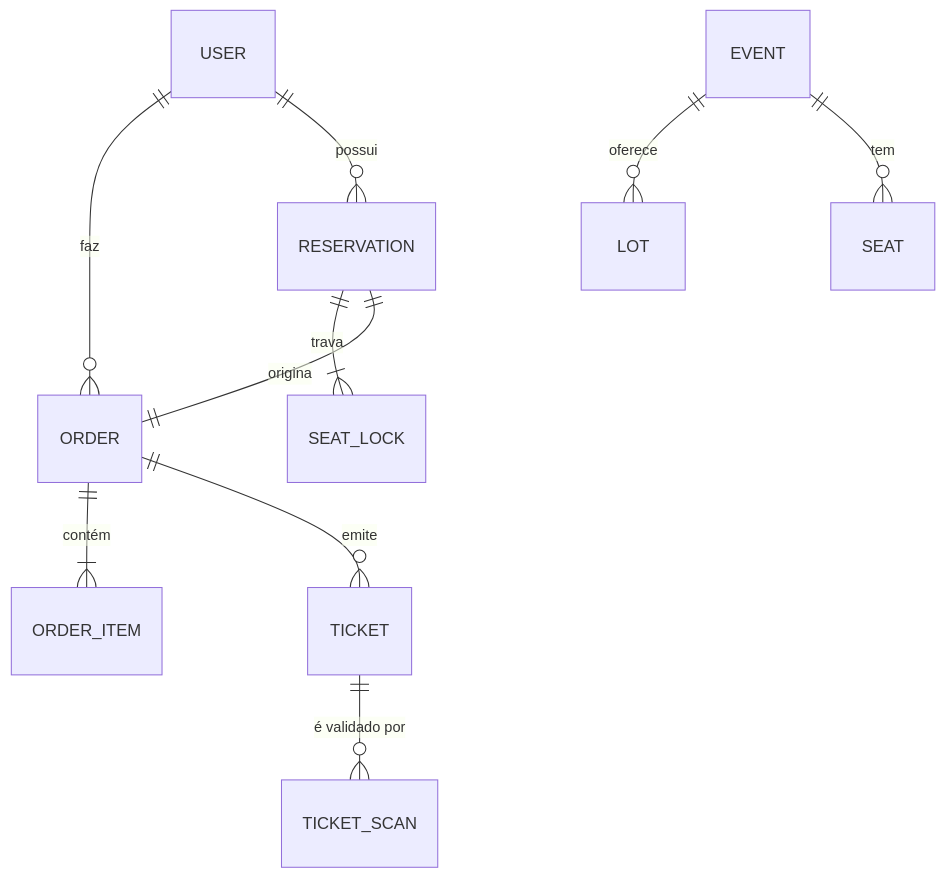
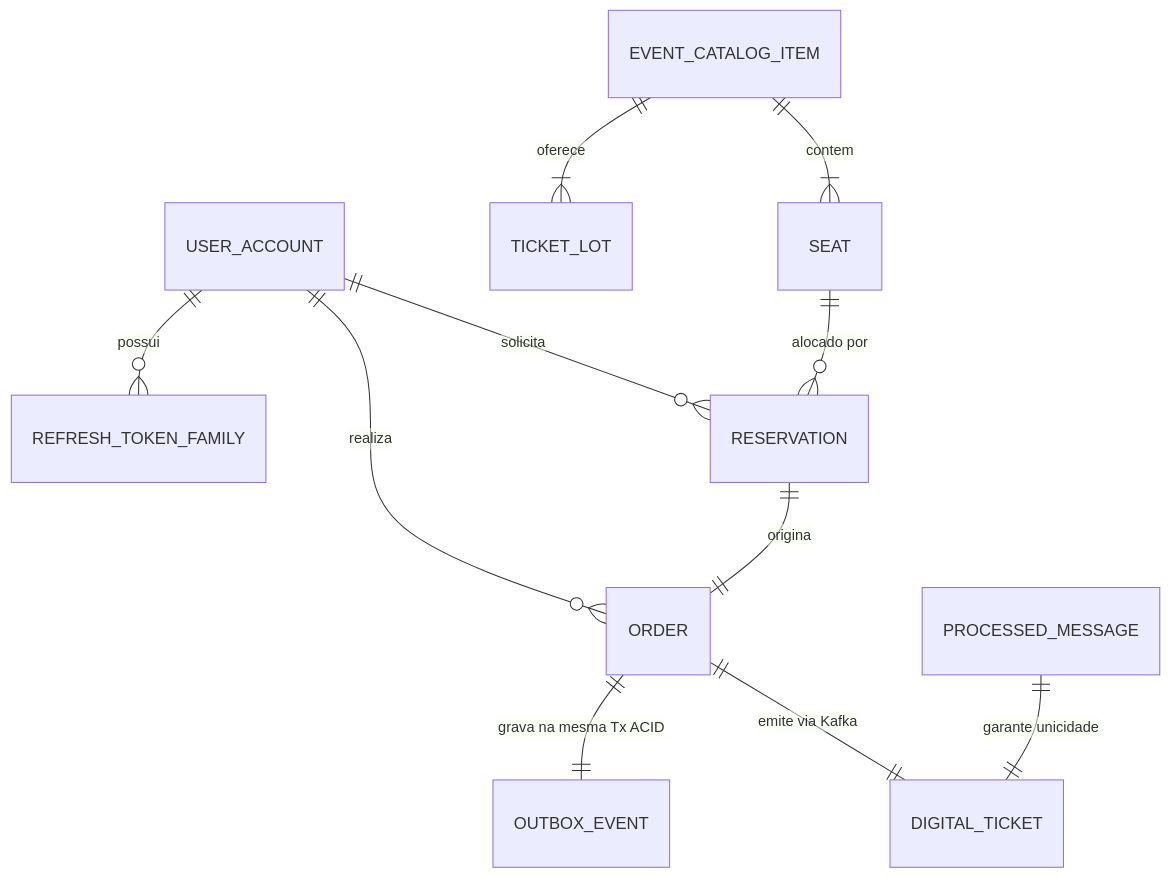
One commit to leofwingert/BolsoPass changed the second of 2 diagrams in Pacote 2 - Arquitetura e Infraestrutura/02 - Modelo de Dados Conceitual.md. Above: the diagram before and after it, drawn with Mermaid. The commit also changed other lines of this file and 92 other files, not shown here.

````diff
--- a/Pacote 2 - Arquitetura e Infraestrutura/02 - Modelo de Dados Conceitual.md
+++ b/Pacote 2 - Arquitetura e Infraestrutura/02 - Modelo de Dados Conceitual.md
@@ -140,12 +139,13 @@
 ```mermaid
 erDiagram
-  USER ||--o{ ORDER : "faz"
-  USER ||--o{ RESERVATION : "possui"
-  EVENT ||--o{ LOT : "oferece"
-  EVENT ||--o{ SEAT : "tem"
-  RESERVATION ||--|{ SEAT_LOCK : "trava"
-  RESERVATION ||--|| ORDER : "origina"
-  ORDER ||--|{ ORDER_ITEM : "contém"
-  ORDER ||--o{ TICKET : "emite"
-  TICKET ||--o{ TICKET_SCAN : "é validado por"
+    USER_ACCOUNT ||--o{ REFRESH_TOKEN_FAMILY : "possui"
+    USER_ACCOUNT ||--o{ RESERVATION : "solicita"
+    USER_ACCOUNT ||--o{ ORDER : "realiza"
+    EVENT_CATALOG_ITEM ||--|{ TICKET_LOT : "oferece"
+    EVENT_CATALOG_ITEM ||--|{ SEAT : "contem"
+    SEAT ||--o{ RESERVATION : "alocado por"
+    RESERVATION ||--|| ORDER : "origina"
+    ORDER ||--|| OUTBOX_EVENT : "grava na mesma Tx ACID"
+    ORDER ||--|| DIGITAL_TICKET : "emite via Kafka"
+    PROCESSED_MESSAGE ||--|| DIGITAL_TICKET : "garante unicidade"
 ```
````
